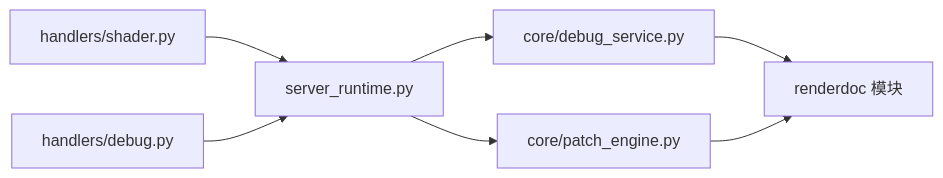
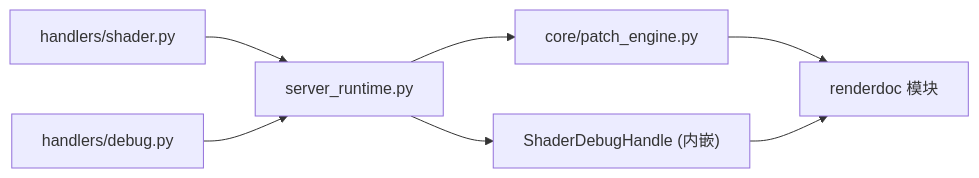
The seventh of 7 diagrams in .qoder/repowiki/zh/content/处理器模块/Shader调试处理器.md (haolange/RDC-Tool), drawn with Mermaid before and after one commit. The commit also changed other lines of this file and 79 other files, not shown here.

````diff
--- a/.qoder/repowiki/zh/content/处理器模块/Shader调试处理器.md
+++ b/.qoder/repowiki/zh/content/处理器模块/Shader调试处理器.md
@@ -269,9 +301,9 @@
 ```mermaid
 graph LR
 H1["handlers/shader.py"] --> R["server_runtime.py"]
 H2["handlers/debug.py"] --> R
-R --> S["core/debug_service.py"]
 R --> P["core/patch_engine.py"]
-S --> RD["renderdoc 模块"]
-P --> RD
+R --> SDH["ShaderDebugHandle (内嵌)"]
+P --> RD["renderdoc 模块"]
+SDH --> RD
 ```
````
